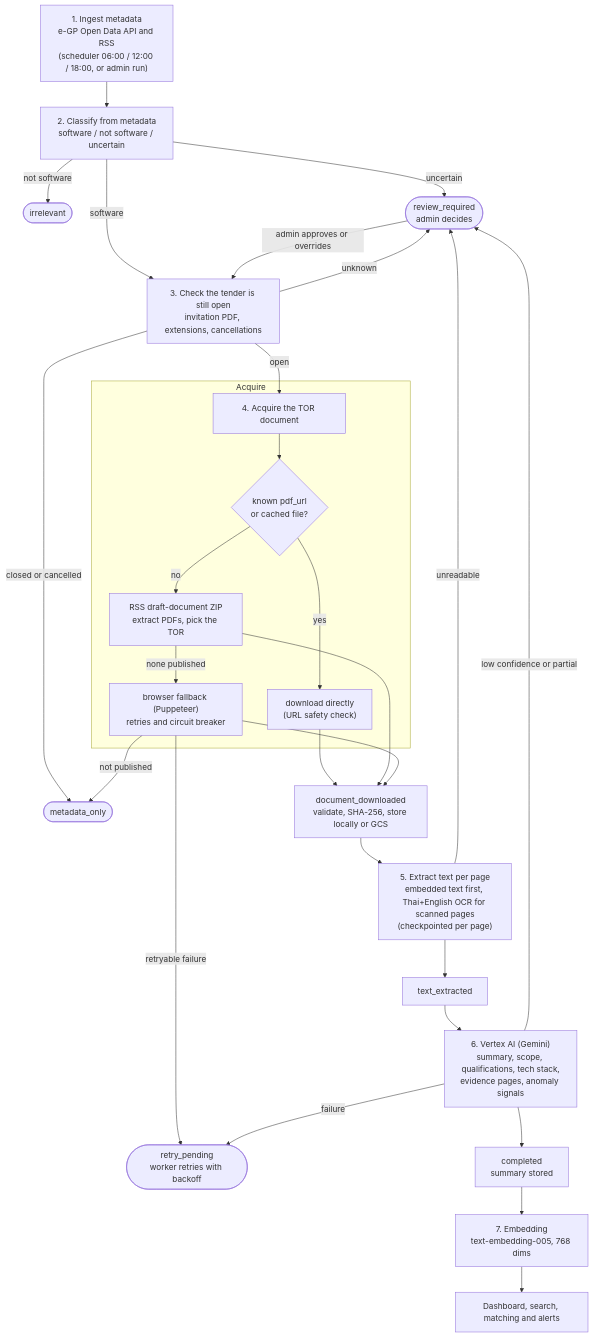
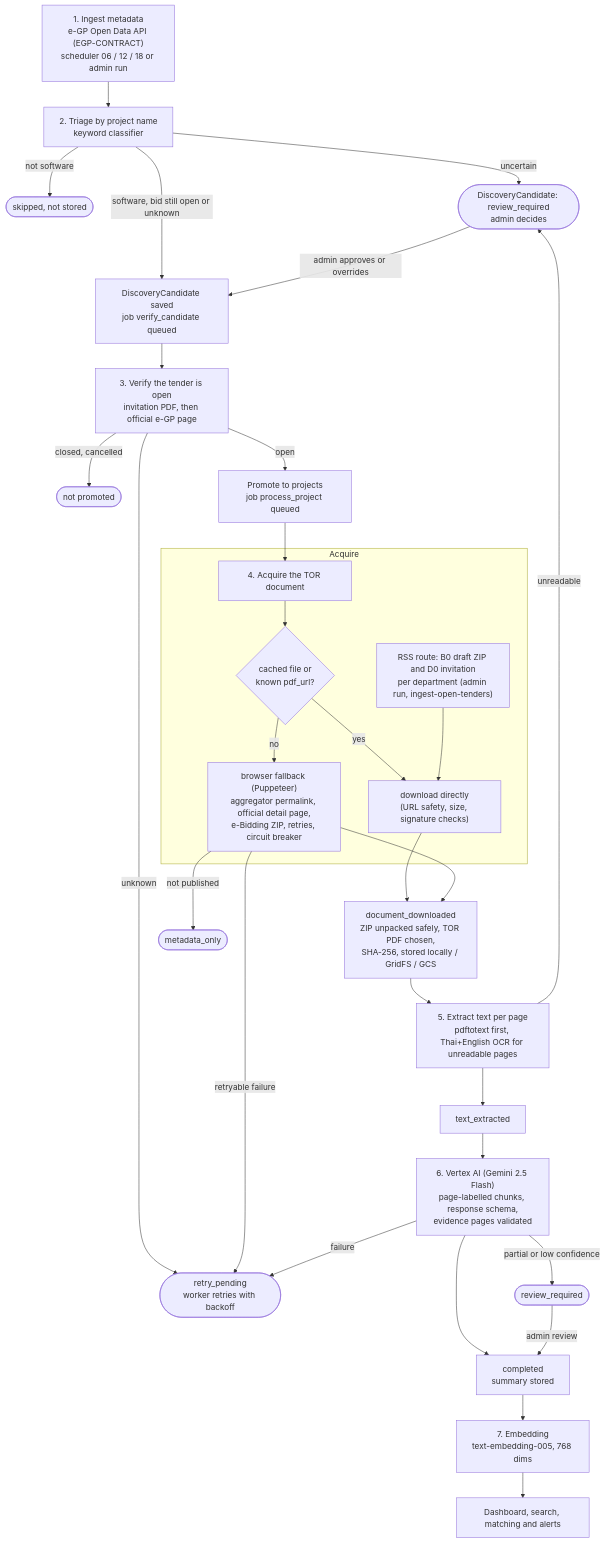
Before and after one commit to MoneyTamNgan/MoneyTamNgan: the diagram in docs/pipeline.md, drawn with Mermaid. The commit also changed other lines of this file, not shown here.

First line of the commit message:
docs: describe how each pipeline step pulls its data

````diff
--- a/docs/pipeline.md
+++ b/docs/pipeline.md
@@ -5,34 +5,36 @@
 ```mermaid
 flowchart TD
-    A["1. Ingest metadata<br/>e-GP Open Data API and RSS<br/>(scheduler 06:00 / 12:00 / 18:00, or admin run)"] --> B["2. Classify from metadata<br/>software / not software / uncertain"]
-    B -->|not software| X1(["irrelevant"])
-    B -->|uncertain| X2(["review_required<br/>admin decides"])
-    B -->|software| C["3. Check the tender is still open<br/>invitation PDF, extensions, cancellations"]
-    C -->|closed or cancelled| X3(["metadata_only"])
-    C -->|unknown| X2
-    C -->|open| D["4. Acquire the TOR document"]
+    A["1. Ingest metadata<br/>e-GP Open Data API (EGP-CONTRACT)<br/>scheduler 06 / 12 / 18 or admin run"] --> B["2. Triage by project name<br/>keyword classifier"]
+    B -->|not software| X1(["skipped, not stored"])
+    B -->|uncertain| X2(["DiscoveryCandidate: review_required<br/>admin decides"])
+    B -->|software, bid still open or unknown| C["DiscoveryCandidate saved<br/>job verify_candidate queued"]
+    C --> D["3. Verify the tender is open<br/>invitation PDF, then official e-GP page"]
+    D -->|closed, cancelled| X3(["not promoted"])
+    D -->|unknown| X4(["retry_pending<br/>worker retries with backoff"])
+    D -->|open| E["Promote to projects<br/>job process_project queued"]
+    E --> F["4. Acquire the TOR document"]
 
     subgraph ACQ [Acquire]
-        D --> D1{"known pdf_url<br/>or cached file?"}
-        D1 -->|yes| D2["download directly<br/>(URL safety check)"]
-        D1 -->|no| D3["RSS draft-document ZIP<br/>extract PDFs, pick the TOR"]
-        D3 -->|none published| D4["browser fallback (Puppeteer)<br/>retries and circuit breaker"]
+        F --> F1{"cached file or<br/>known pdf_url?"}
+        F1 -->|yes| F2["download directly<br/>(URL safety, size, signature checks)"]
+        F1 -->|no| F3["browser fallback (Puppeteer)<br/>aggregator permalink, official detail page,<br/>e-Bidding ZIP, retries, circuit breaker"]
+        R["RSS route: B0 draft ZIP and D0 invitation<br/>per department (admin run, ingest-open-tenders)"] --> F2
     end
 
-    D2 --> E["document_downloaded<br/>validate, SHA-256, store locally or GCS"]
-    D3 --> E
-    D4 --> E
-    D4 -->|not published| X3
-    D4 -->|retryable failure| X4(["retry_pending<br/>worker retries with backoff"])
+    F2 --> G["document_downloaded<br/>ZIP unpacked safely, TOR PDF chosen,<br/>SHA-256, stored locally / GridFS / GCS"]
+    F3 --> G
+    F3 -->|not published| X5(["metadata_only"])
+    F3 -->|retryable failure| X4
 
-    E --> F["5. Extract text per page<br/>embedded text first, Thai+English OCR for scanned pages<br/>(checkpointed per page)"]
-    F -->|unreadable| X2
-    F --> G["text_extracted"]
-    G --> H["6. Vertex AI (Gemini)<br/>summary, scope, qualifications, tech stack,<br/>evidence pages, anomaly signals"]
-    H -->|failure| X4
-    H -->|low confidence or partial| X2
-    H --> I["completed<br/>summary stored"]
-    I --> J["7. Embedding<br/>text-embedding-005, 768 dims"]
-    J --> K["Dashboard, search, matching and alerts"]
+    G --> H["5. Extract text per page<br/>pdftotext first, Thai+English OCR for unreadable pages"]
+    H -->|unreadable| X2
+    H --> I["text_extracted"]
+    I --> J["6. Vertex AI (Gemini 2.5 Flash)<br/>page-labelled chunks, response schema,<br/>evidence pages validated"]
+    J -->|failure| X4
+    J -->|partial or low confidence| X6(["review_required"])
+    J --> K["completed<br/>summary stored"]
+    K --> L["7. Embedding<br/>text-embedding-005, 768 dims"]
+    L --> M["Dashboard, search, matching and alerts"]
     X2 -->|admin approves or overrides| C
+    X6 -->|admin review| K
 ```
````
